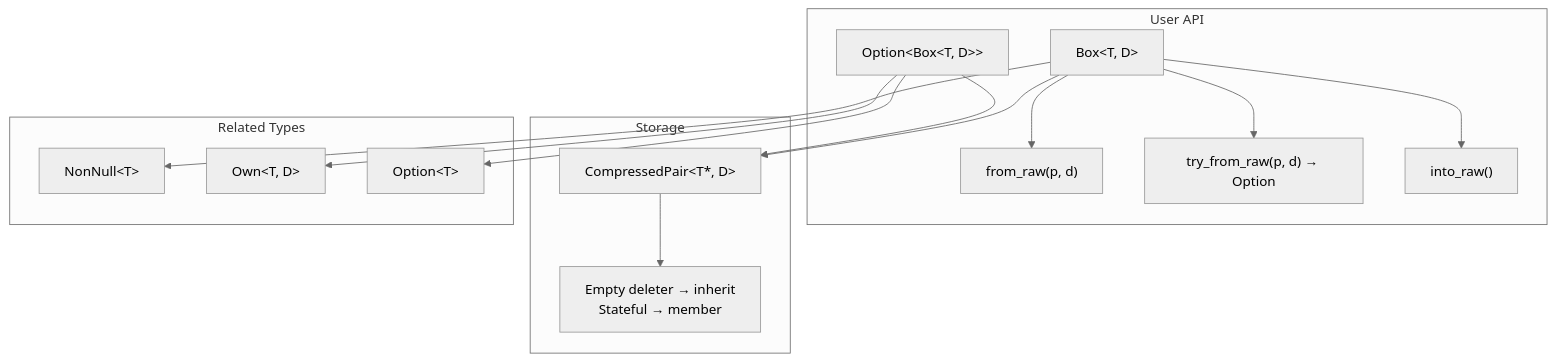
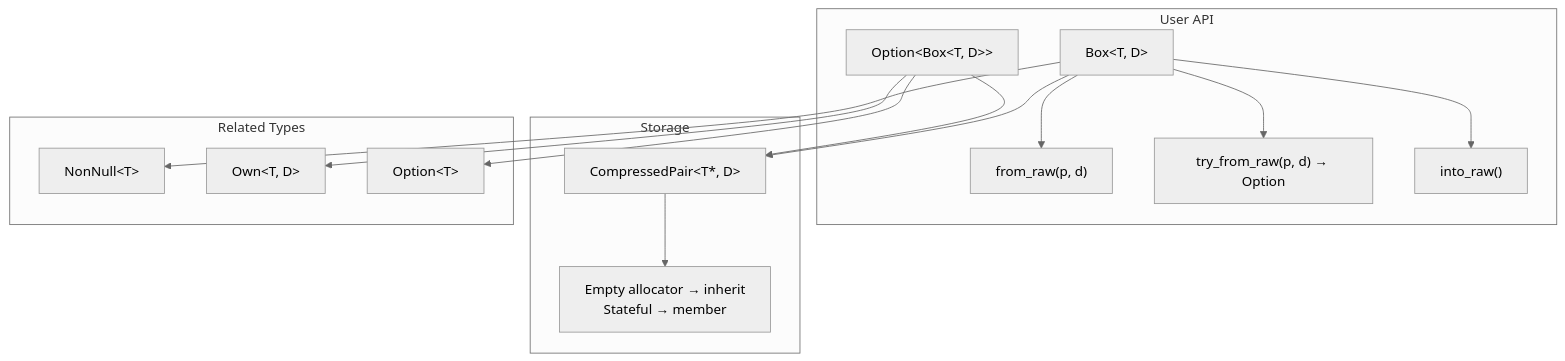
One commit to mivinci/x changed the diagram in docs/libxpp/smart-pointers/box.md. Above: the diagram before and after it, drawn with Mermaid (neutral theme). The commit also changed other lines of this file and 9 other files, not shown here.

````diff
--- a/docs/libxpp/smart-pointers/box.md
+++ b/docs/libxpp/smart-pointers/box.md
@@ -23,31 +23,31 @@
 ```mermaid
 graph TD
     subgraph "User API"
         BOX["Box&lt;T, D&gt;"]
         FROM_RAW["from_raw(p, d)"]
         TRY_FROM_RAW["try_from_raw(p, d) → Option"]
         INTO_RAW["into_raw()"]
         OPT_BOX["Option&lt;Box&lt;T, D&gt;&gt;"]
     end
 
     subgraph "Storage"
         CP["CompressedPair&lt;T*, D&gt;"]
-        EBO["Empty deleter → inherit<br/>Stateful → member"]
+        EBO["Empty allocator → inherit<br/>Stateful → member"]
     end
 
     subgraph "Related Types"
         NN["NonNull&lt;T&gt;"]
         OWN["Own&lt;T, D&gt;"]
         OPT["Option&lt;T&gt;"]
     end
 
     BOX --> CP
     CP --> EBO
     OPT_BOX --> CP
     BOX --> FROM_RAW
     BOX --> TRY_FROM_RAW
     BOX --> INTO_RAW
     BOX --> NN
     OPT_BOX --> OWN
     OPT_BOX --> OPT
 ```
````
